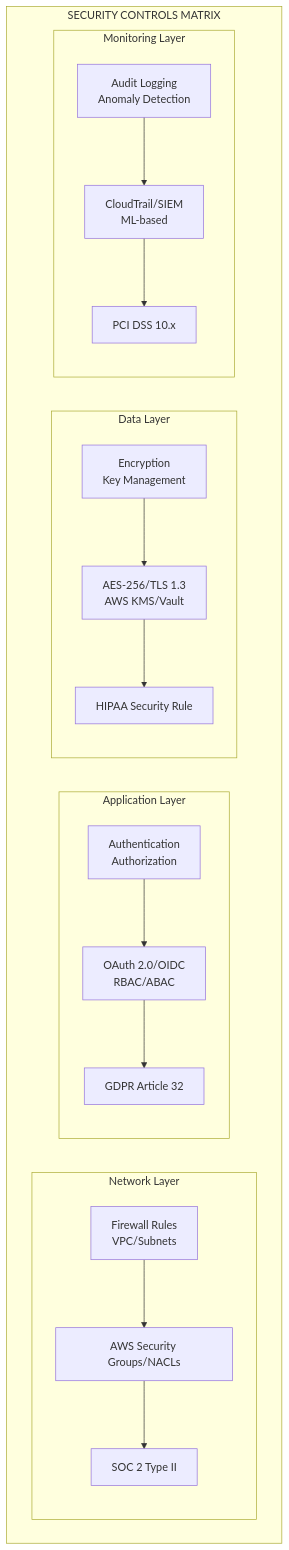
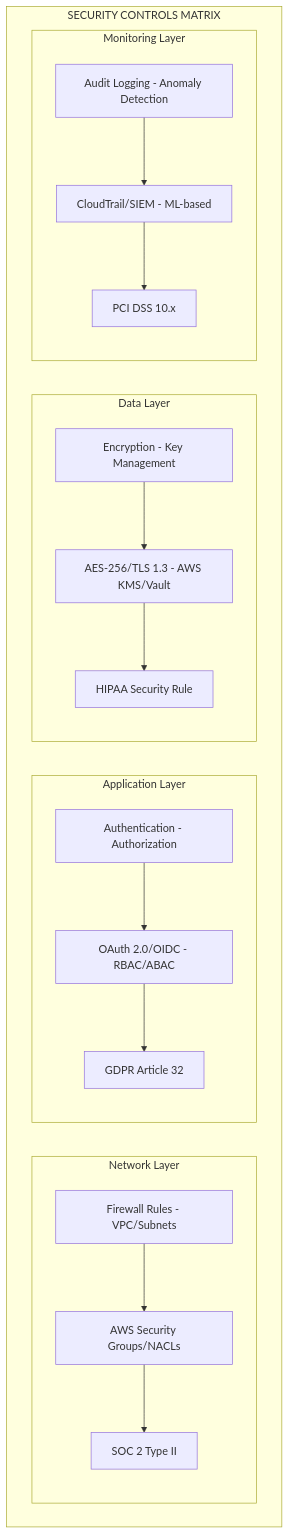
Before and after one commit to satinath-nit/llm-rag-cookbook: diagram 15 of 21 in rag_solution_architecture_document (1).md, drawn with Mermaid. The commit also changed other lines of this file, not shown here.

Commit message:
Update rag_solution_architecture_document (1).md

````diff
--- a/rag_solution_architecture_document (1).md
+++ b/rag_solution_architecture_document (1).md
@@ -900,40 +900,40 @@
 ```mermaid
 graph TB
     subgraph "SECURITY CONTROLS MATRIX"
         subgraph "Network Layer"
-            N_Control[Firewall Rules<br/>VPC/Subnets]
+            N_Control[Firewall Rules - VPC/Subnets]
             N_Impl[AWS Security Groups/NACLs]
             N_Compliance[SOC 2 Type II]
             
             N_Control --> N_Impl
             N_Impl --> N_Compliance
         end
         
         subgraph "Application Layer"
-            A_Control[Authentication<br/>Authorization]
-            A_Impl[OAuth 2.0/OIDC<br/>RBAC/ABAC]
+            A_Control[Authentication - Authorization]
+            A_Impl[OAuth 2.0/OIDC - RBAC/ABAC]
             A_Compliance[GDPR Article 32]
             
             A_Control --> A_Impl
             A_Impl --> A_Compliance
         end
         
         subgraph "Data Layer"
-            D_Control[Encryption<br/>Key Management]
-            D_Impl[AES-256/TLS 1.3<br/>AWS KMS/Vault]
+            D_Control[Encryption - Key Management]
+            D_Impl[AES-256/TLS 1.3 - AWS KMS/Vault]
             D_Compliance[HIPAA Security Rule]
             
             D_Control --> D_Impl
             D_Impl --> D_Compliance
         end
         
         subgraph "Monitoring Layer"
-            M_Control[Audit Logging<br/>Anomaly Detection]
-            M_Impl[CloudTrail/SIEM<br/>ML-based]
+            M_Control[Audit Logging - Anomaly Detection]
+            M_Impl[CloudTrail/SIEM - ML-based]
             M_Compliance[PCI DSS 10.x]
             
             M_Control --> M_Impl
             M_Impl --> M_Compliance
         end
     end
 ```
````
